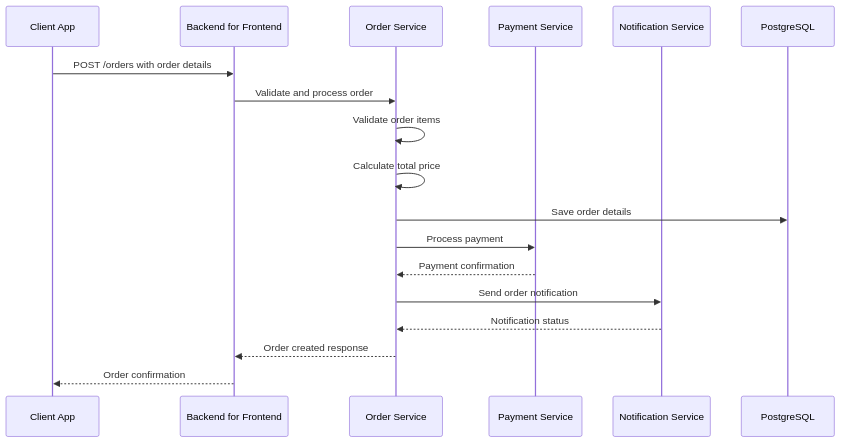
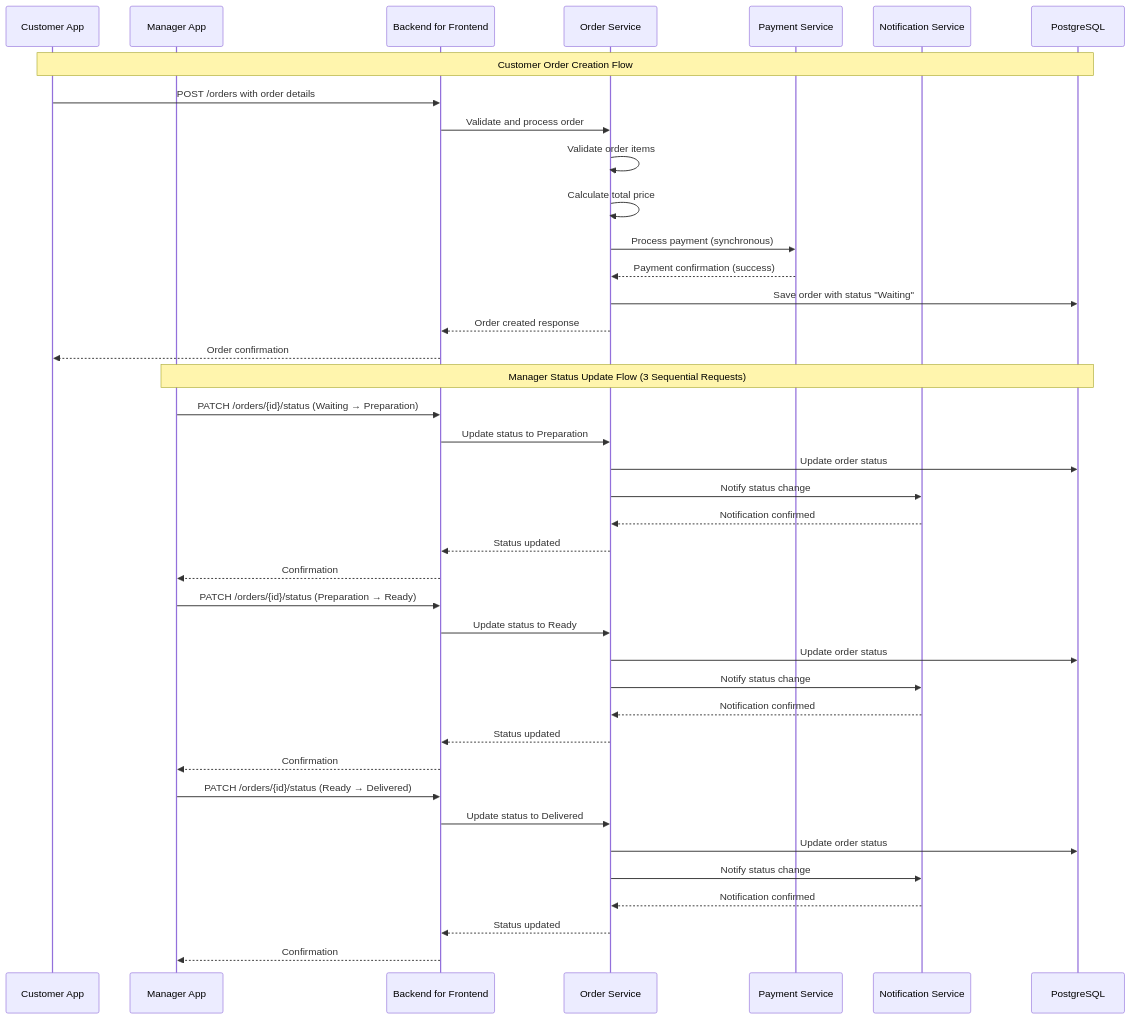
The third of 4 diagrams in CoffeeShop/docs/order/order-architecture.md (zzaia/zzaia-trio-coffee-shop), drawn with Mermaid before and after one commit. The commit also changed other lines of this file and 1 other file, not shown here.

````diff
--- a/CoffeeShop/docs/order/order-architecture.md
+++ b/CoffeeShop/docs/order/order-architecture.md
@@ -88,21 +170,46 @@
 ```mermaid
 sequenceDiagram
-    participant Client as Client App
+    participant Customer as Customer App
+    participant Manager as Manager App
     participant BFF as Backend for Frontend
     participant OrderService as Order Service
     participant PaymentService as Payment Service
     participant NotificationService as Notification Service
     participant Database as PostgreSQL
 
-    Client->>BFF: POST /orders with order details
+    Note over Customer,Database: Customer Order Creation Flow
+    Customer->>BFF: POST /orders with order details
     BFF->>OrderService: Validate and process order
     OrderService->>OrderService: Validate order items
     OrderService->>OrderService: Calculate total price
-    OrderService->>Database: Save order details
-    OrderService->>PaymentService: Process payment
-    PaymentService-->>OrderService: Payment confirmation
-    OrderService->>NotificationService: Send order notification
-    NotificationService-->>OrderService: Notification status
+    OrderService->>PaymentService: Process payment (synchronous)
+    PaymentService-->>OrderService: Payment confirmation (success)
+    OrderService->>Database: Save order with status "Waiting"
     OrderService-->>BFF: Order created response
-    BFF-->>Client: Order confirmation
+    BFF-->>Customer: Order confirmation
+
+    Note over Manager,Database: Manager Status Update Flow (3 Sequential Requests)
+    Manager->>BFF: PATCH /orders/{id}/status (Waiting → Preparation)
+    BFF->>OrderService: Update status to Preparation
+    OrderService->>Database: Update order status
+    OrderService->>NotificationService: Notify status change
+    NotificationService-->>OrderService: Notification confirmed
+    OrderService-->>BFF: Status updated
+    BFF-->>Manager: Confirmation
+
+    Manager->>BFF: PATCH /orders/{id}/status (Preparation → Ready)
+    BFF->>OrderService: Update status to Ready
+    OrderService->>Database: Update order status
+    OrderService->>NotificationService: Notify status change
+    NotificationService-->>OrderService: Notification confirmed
+    OrderService-->>BFF: Status updated
+    BFF-->>Manager: Confirmation
+
+    Manager->>BFF: PATCH /orders/{id}/status (Ready → Delivered)
+    BFF->>OrderService: Update status to Delivered
+    OrderService->>Database: Update order status
+    OrderService->>NotificationService: Notify status change
+    NotificationService-->>OrderService: Notification confirmed
+    OrderService-->>BFF: Status updated
+    BFF-->>Manager: Confirmation
 ```
````
